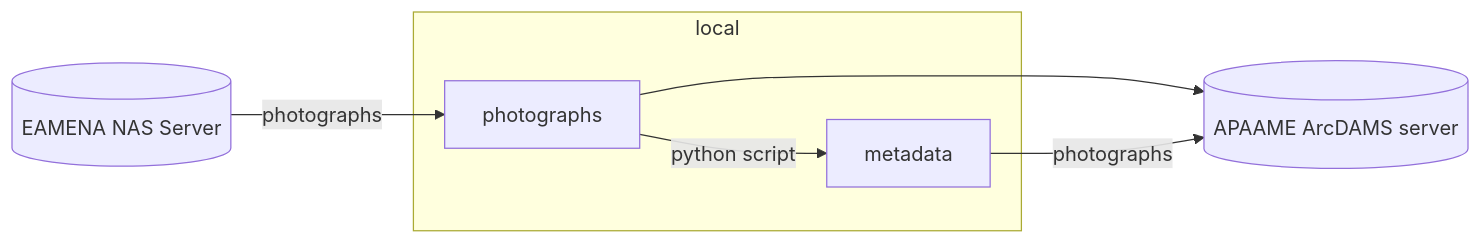
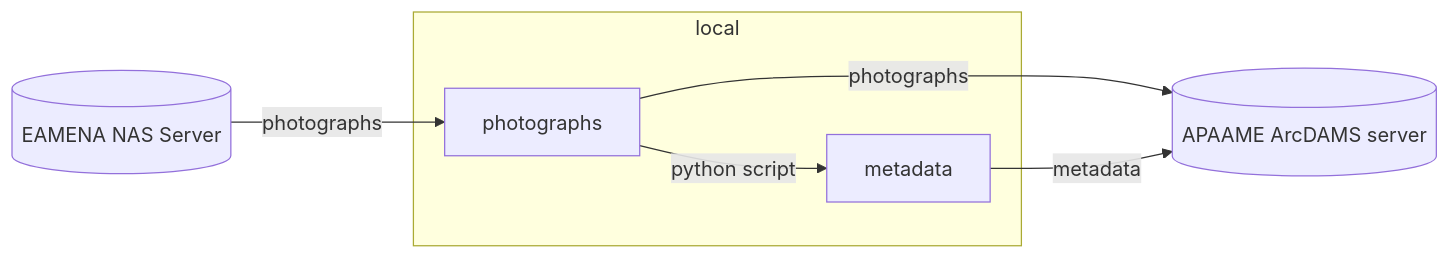
One commit to eamena-project/eamena-arches-dev changed the diagram in projects/apaame-photos/README.md. Above: the diagram before and after it, drawn with Mermaid.

Commit message:
exif+xmp

````diff
--- a/projects/apaame-photos/README.md
+++ b/projects/apaame-photos/README.md
@@ -7,9 +7,9 @@
 ```mermaid
 flowchart LR
     A[(EAMENA NAS Server)] --photographs--> B[photographs];
     subgraph local
     B --python script--> C[metadata];
     end
-    B --> D[(APAAME ArcDAMS server)];
-    C --photographs--> D[(APAAME ArcDAMS server)]; 
+    B --photographs--> D[(APAAME ArcDAMS server)];
+    C --metadata--> D[(APAAME ArcDAMS server)]; 
 ```
````
